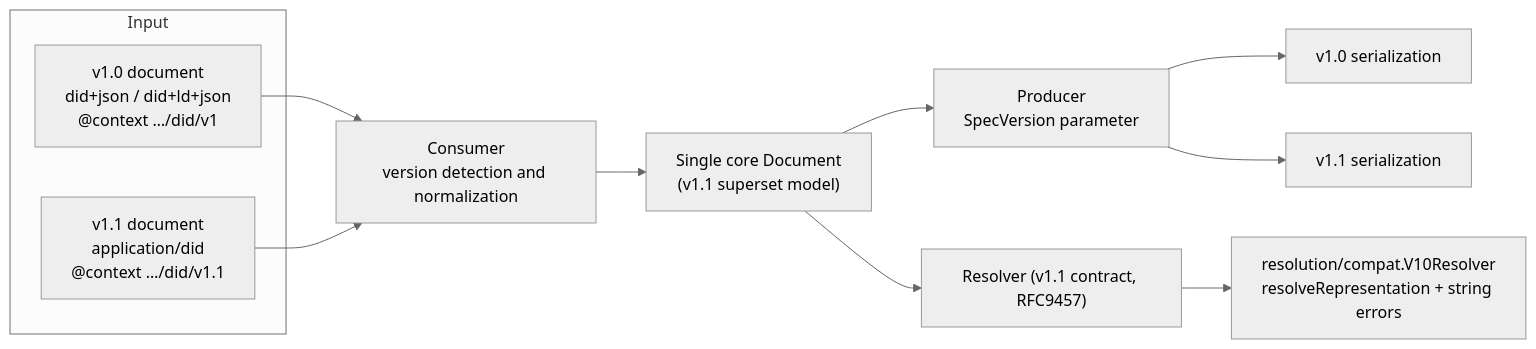
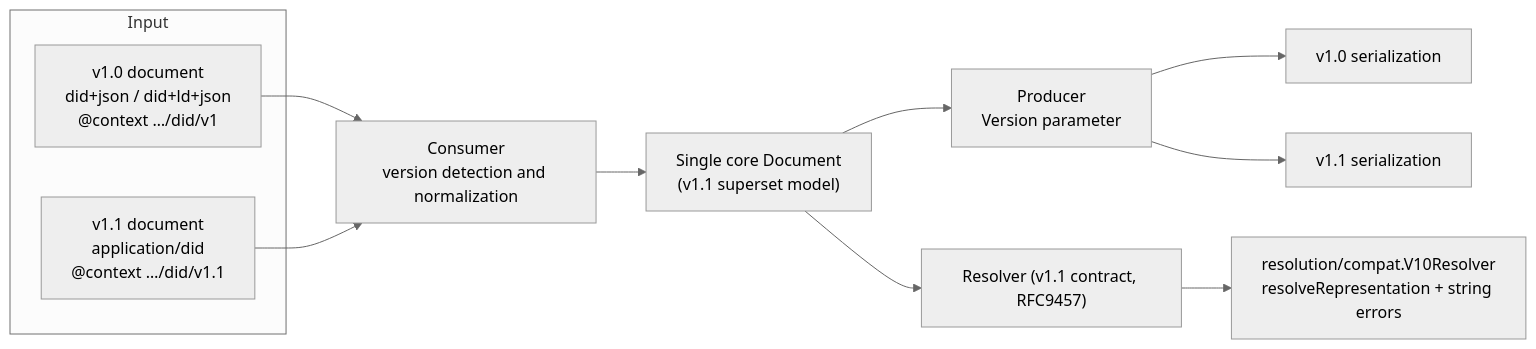
The diagram in docs/09-v1.0-compat.md (SAGE-X-project/did-go), drawn with Mermaid (neutral theme) before and after one commit. The commit also changed other lines of this file and 16 other files, not shown here.

````diff
--- a/docs/09-v1.0-compat.md
+++ b/docs/09-v1.0-compat.md
@@ -25,15 +25,15 @@
 ```mermaid
 flowchart LR
     subgraph Input
         A10["v1.0 document<br/>did+json / did+ld+json<br/>@context …/did/v1"]
         A11["v1.1 document<br/>application/did<br/>@context …/did/v1.1"]
     end
     A10 --> C[Consumer<br/>version detection and normalization]
     A11 --> C
     C --> M["Single core Document<br/>(v1.1 superset model)"]
-    M --> P[Producer<br/>SpecVersion parameter]
+    M --> P[Producer<br/>Version parameter]
     P --> B10["v1.0 serialization"]
     P --> B11["v1.1 serialization"]
     M --> R["Resolver (v1.1 contract, RFC9457)"]
     R --> RA["resolution/compat.V10Resolver<br/>resolveRepresentation + string errors"]
 ```
````
